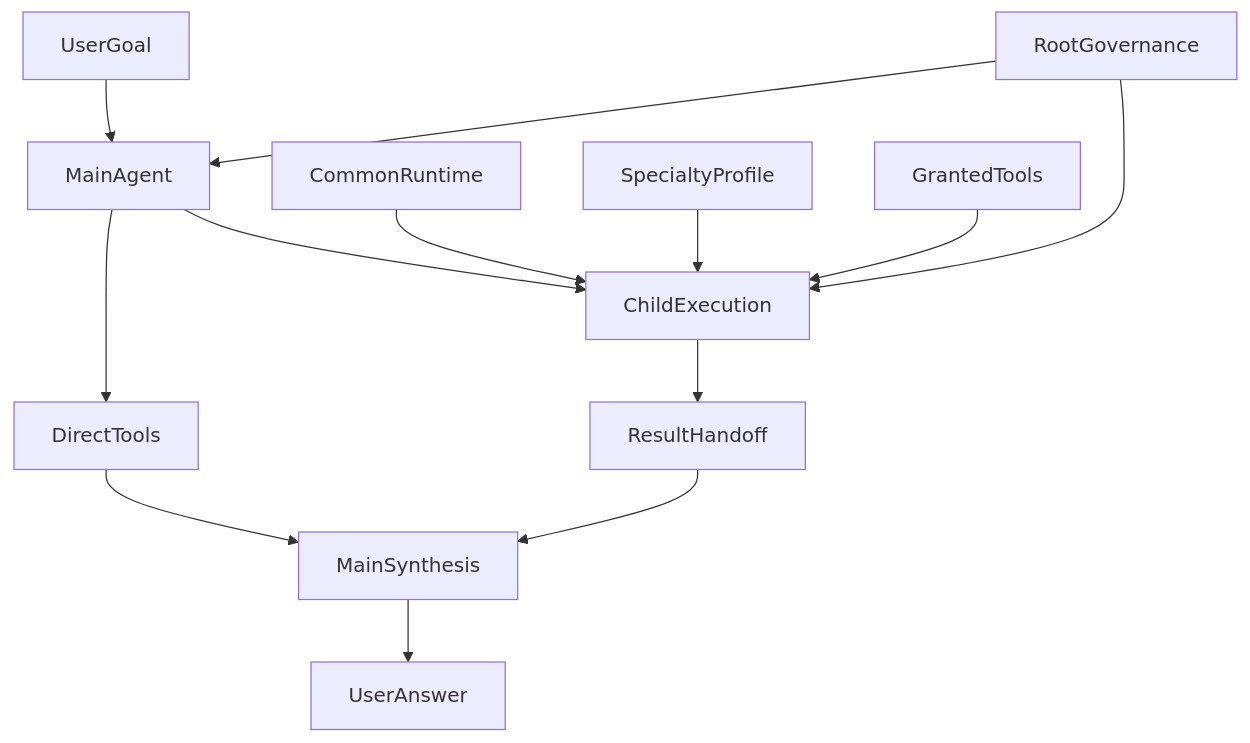
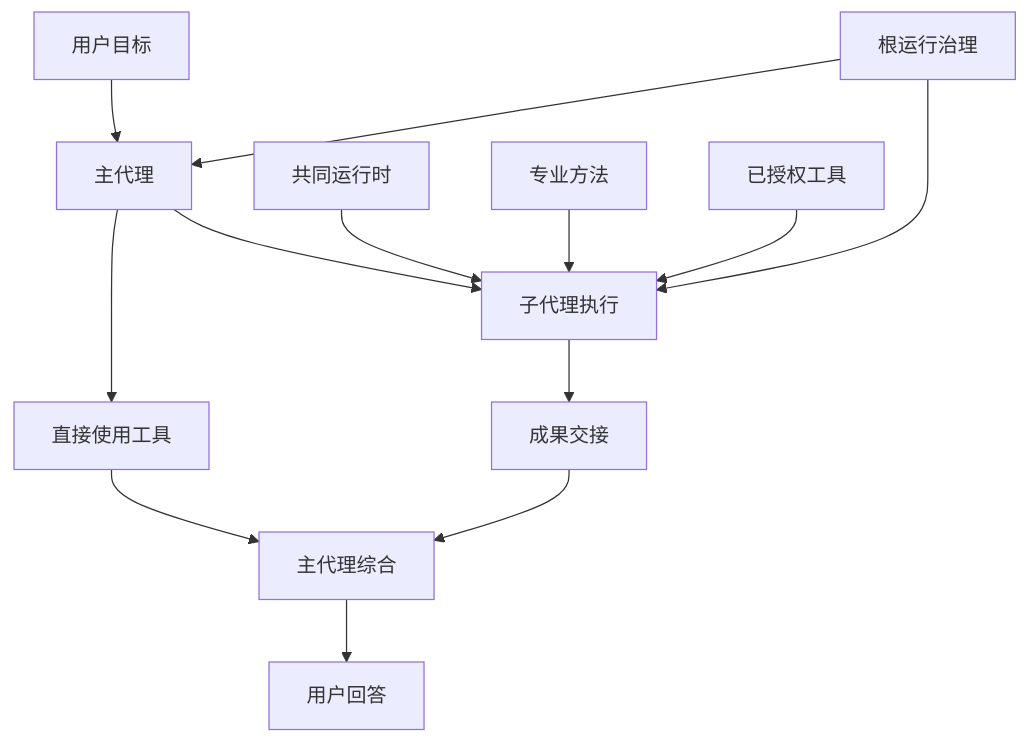
One commit to hpoenixf/eff-agent-article changed the first of 3 diagrams in articles/agent-subagent-context-specialization.md. Above: the diagram before and after it, drawn with Mermaid. The commit also changed other lines of this file and 52 other files, not shown here.

Commit message:
docs: localize diagrams and clarify flagship guides

````diff
--- a/articles/agent-subagent-context-specialization.md
+++ b/articles/agent-subagent-context-specialization.md
@@ -35,15 +35,15 @@
 ```mermaid
 graph TD
-UserGoal --> MainAgent
-MainAgent --> DirectTools
-MainAgent --> ChildExecution
-CommonRuntime --> ChildExecution
-SpecialtyProfile --> ChildExecution
-GrantedTools --> ChildExecution
-RootGovernance --> MainAgent
+UserGoal["用户目标"] --> MainAgent["主代理"]
+MainAgent --> DirectTools["直接使用工具"]
+MainAgent --> ChildExecution["子代理执行"]
+CommonRuntime["共同运行时"] --> ChildExecution
+SpecialtyProfile["专业方法"] --> ChildExecution
+GrantedTools["已授权工具"] --> ChildExecution
+RootGovernance["根运行治理"] --> MainAgent
 RootGovernance --> ChildExecution
-ChildExecution --> ResultHandoff
-DirectTools --> MainSynthesis
+ChildExecution --> ResultHandoff["成果交接"]
+DirectTools --> MainSynthesis["主代理综合"]
 ResultHandoff --> MainSynthesis
-MainSynthesis --> UserAnswer
+MainSynthesis --> UserAnswer["用户回答"]
 ```
````
